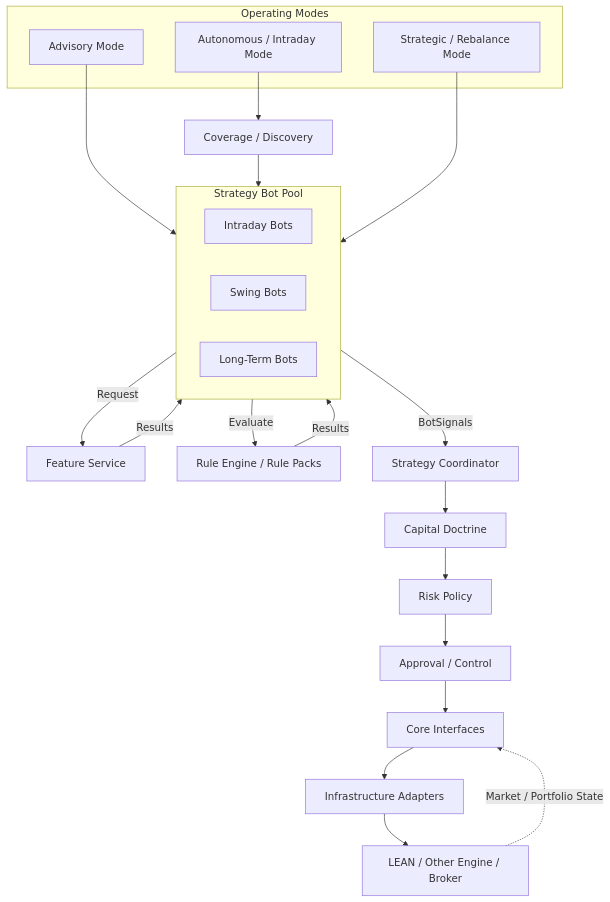
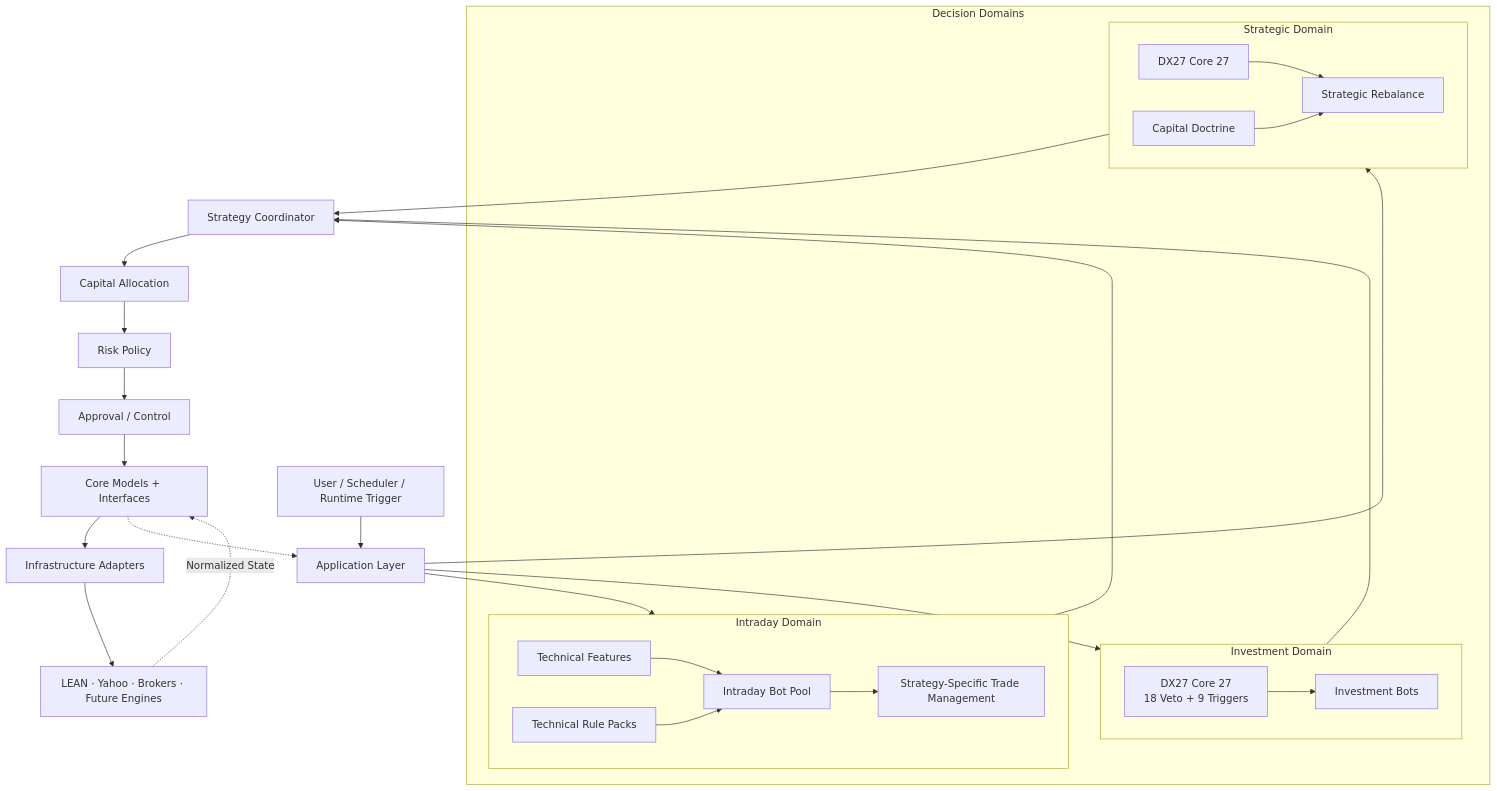
Before and after one commit to Daxoniel/DX27-Trading-Engine: the second of 12 diagrams in docs/architecture/system-overview.md, drawn with Mermaid. The commit also changed other lines of this file and 48 other files, not shown here.

````diff
--- a/docs/architecture/system-overview.md
+++ b/docs/architecture/system-overview.md
@@ -26,52 +51,73 @@
 ```mermaid
 flowchart TB
 
-    subgraph Modes["Operating Modes"]
-        Advisory["Advisory Mode"]
-        Auto["Autonomous / Intraday Mode"]
-        Strategic["Strategic / Rebalance Mode"]
+    Client["User / Scheduler / Runtime Trigger"]
+
+    Application["Application Layer"]
+
+    subgraph Domains["Decision Domains"]
+
+        subgraph Intraday["Intraday Domain"]
+            IBots["Intraday Bot Pool"]
+            IFeatures["Technical Features"]
+            IRules["Technical Rule Packs"]
+            ITrade["Strategy-Specific Trade Management"]
+        end
+
+        subgraph Investment["Investment Domain"]
+            InvBots["Investment Bots"]
+            Core27A["DX27 Core 27<br/>18 Veto + 9 Triggers"]
+        end
+
+        subgraph Strategic["Strategic Domain"]
+            Core27B["DX27 Core 27"]
+            Doctrine["Capital Doctrine"]
+            Rebalance["Strategic Rebalance"]
+        end
+
     end
 
-    Coverage["Coverage / Discovery"]
+    Coordinator["Strategy Coordinator"]
 
-    subgraph Bots["Strategy Bot Pool"]
-        Intraday["Intraday Bots"]
-        Swing["Swing Bots"]
-        LongTerm["Long-Term Bots"]
-    end
+    Capital["Capital Allocation"]
 
-    Features["Feature Service"]
-    Rules["Rule Engine / Rule Packs"]
+    Risk["Risk Policy"]
 
-    Coordinator["Strategy Coordinator"]
-    Doctrine["Capital Doctrine"]
-    Risk["Risk Policy"]
     Approval["Approval / Control"]
 
-    Interfaces["Core Interfaces"]
+    Core["Core Models + Interfaces"]
+
     Adapters["Infrastructure Adapters"]
-    External["LEAN / Other Engine / Broker"]
 
-    Advisory --> Bots
-    Auto --> Coverage
-    Coverage --> Bots
-    Strategic --> Bots
+    External["LEAN · Yahoo · Brokers · Future Engines"]
 
-    Bots -->|Request| Features
-    Bots -->|Evaluate| Rules
+    Client --> Application
 
-    Features -->|Results| Bots
-    Rules -->|Results| Bots
+    Application --> Intraday
+    Application --> Investment
+    Application --> Strategic
 
-    Bots -->|BotSignals| Coordinator
+    IFeatures --> IBots
+    IRules --> IBots
+    IBots --> ITrade
 
-    Coordinator --> Doctrine
-    Doctrine --> Risk
+    Core27A --> InvBots
+
+    Core27B --> Rebalance
+    Doctrine --> Rebalance
+
+    Intraday --> Coordinator
+    Investment --> Coordinator
+    Strategic --> Coordinator
+
+    Coordinator --> Capital
+    Capital --> Risk
     Risk --> Approval
 
-    Approval --> Interfaces
-    Interfaces --> Adapters
+    Approval --> Core
+    Core --> Adapters
     Adapters --> External
 
-    External -.->|Market / Portfolio State| Interfaces
+    External -.->|Normalized State| Core
+    Core -.-> Application
 ```
````
